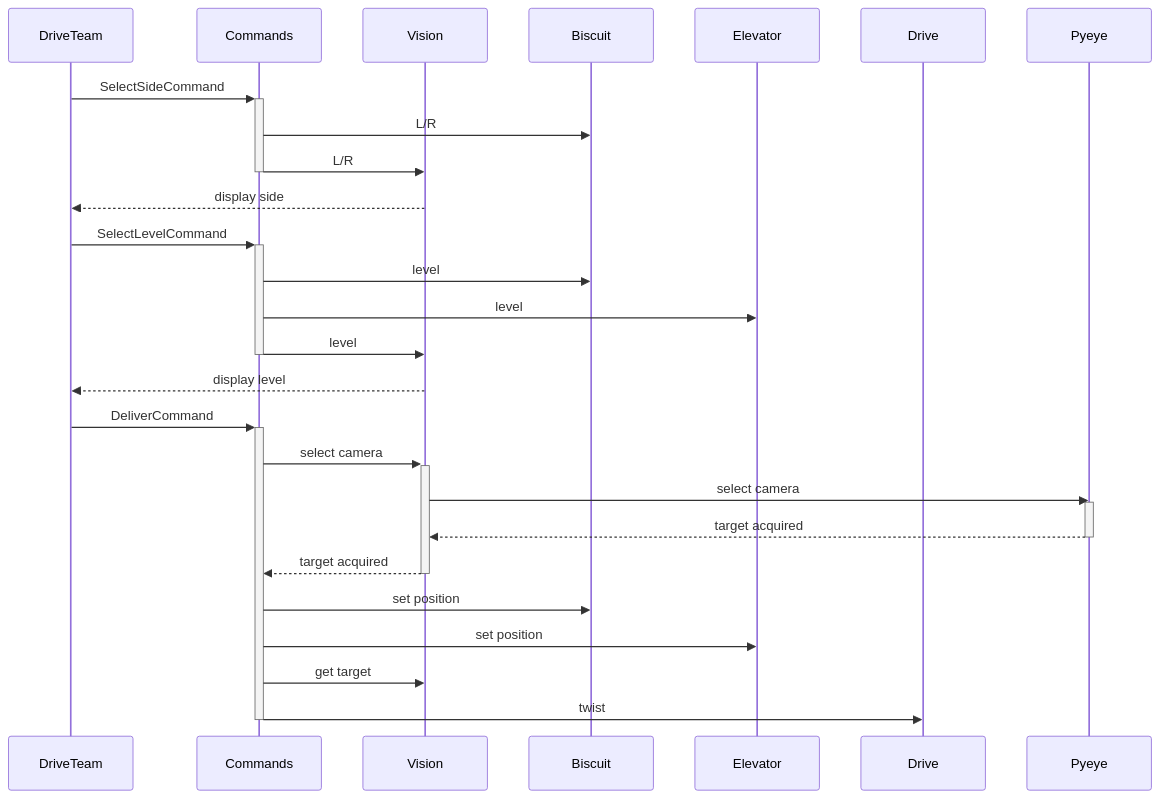
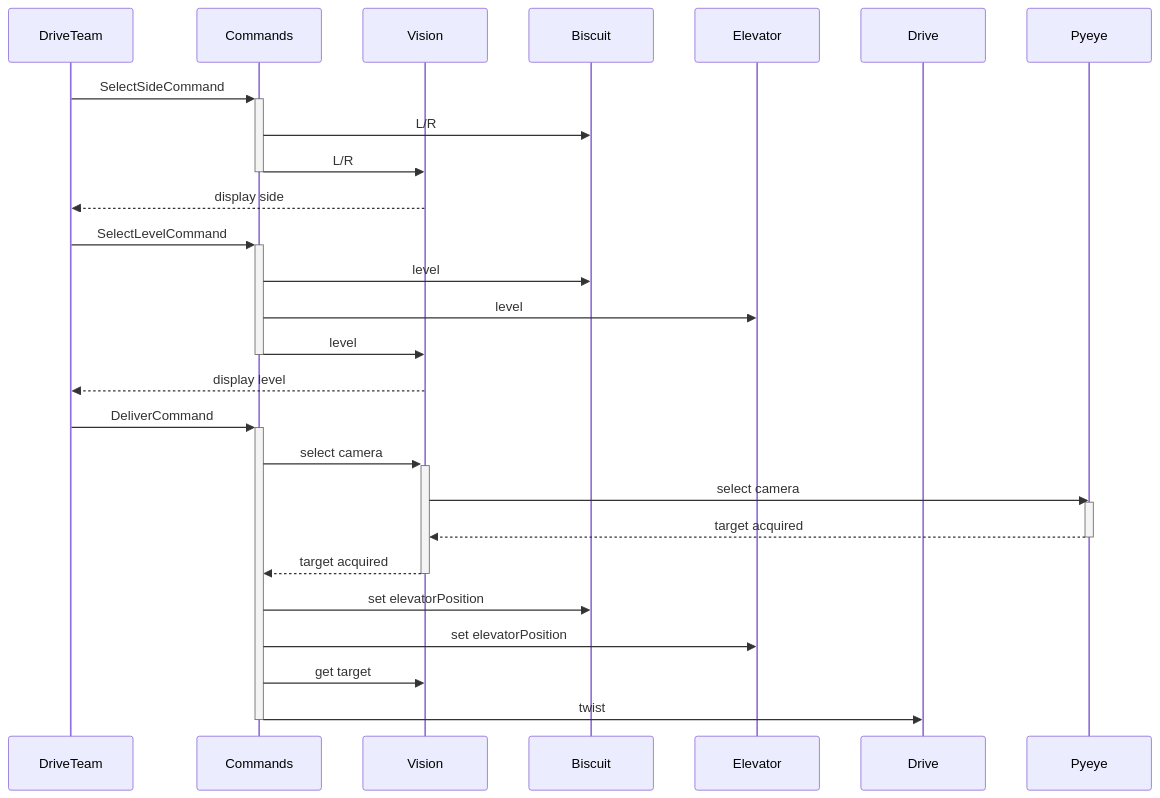
Before and after one commit to strykeforce/deepspace: the diagram in docs/deliver_0.mermaid, drawn with Mermaid. The commit also changed 12 other files, not shown here.

Commit message:
Add set arbitrary elevator position

```diff
--- a/docs/deliver_0.mermaid
+++ b/docs/deliver_0.mermaid
@@ -1,33 +1,33 @@
 sequenceDiagram
 participant DriveTeam
 participant Commands
 participant Vision
 participant Biscuit
 participant Elevator
 participant Drive
 participant Pyeye
 DriveTeam ->> +Commands:SelectSideCommand
 Commands->> Biscuit: L/R
 Commands->> -Vision: L/R
 Vision -->> DriveTeam: display side
 DriveTeam ->> +Commands:SelectLevelCommand
 Commands->> Biscuit: level
 Commands->> Elevator: level
 Commands->> -Vision: level
 Vision -->> DriveTeam: display level
 
 DriveTeam ->> +Commands: DeliverCommand
 
 Commands ->> +Vision: select camera
 
 Vision ->> Pyeye: select camera
 activate Pyeye
 Pyeye -->> Vision: target acquired
 deactivate Pyeye
 Vision -->> -Commands: target acquired
-Commands ->> Biscuit: set position
+Commands ->> Biscuit: set elevatorPosition
 
-Commands ->> Elevator: set position
+Commands ->> Elevator: set elevatorPosition
 
 Commands ->> Vision: get target
 Commands ->> -Drive: twist
```
